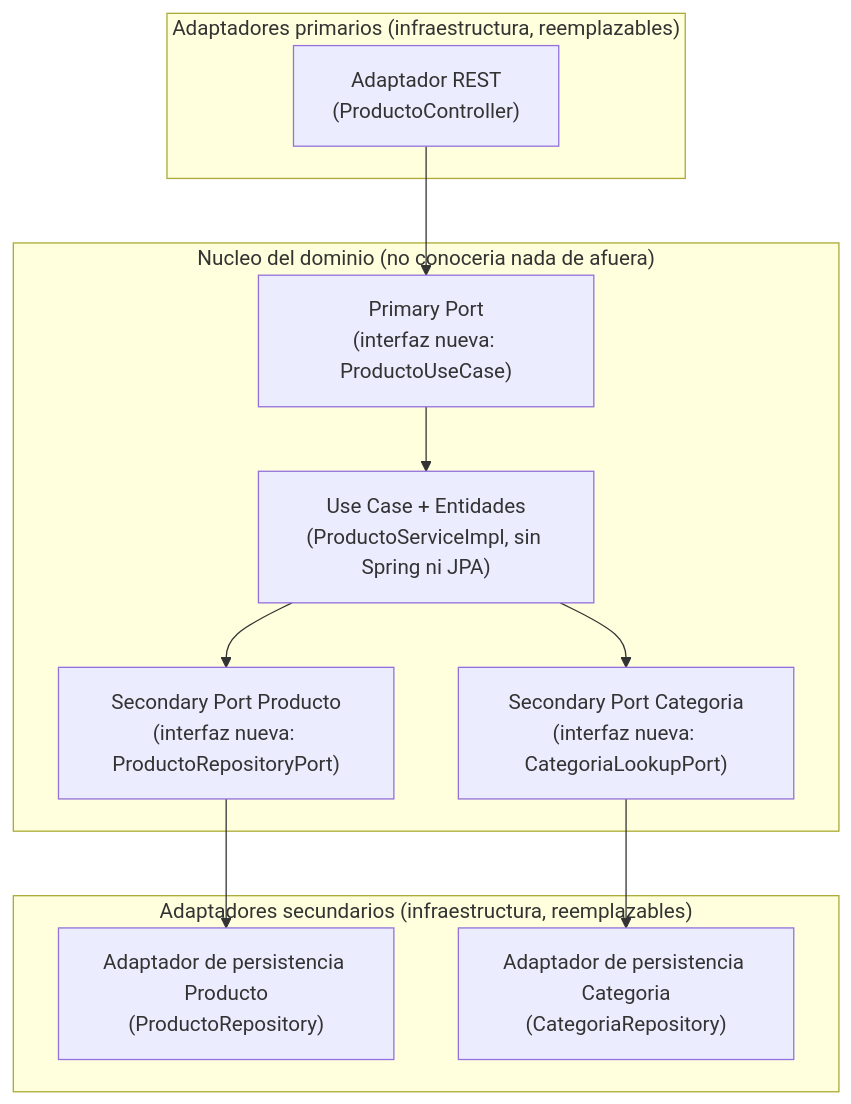
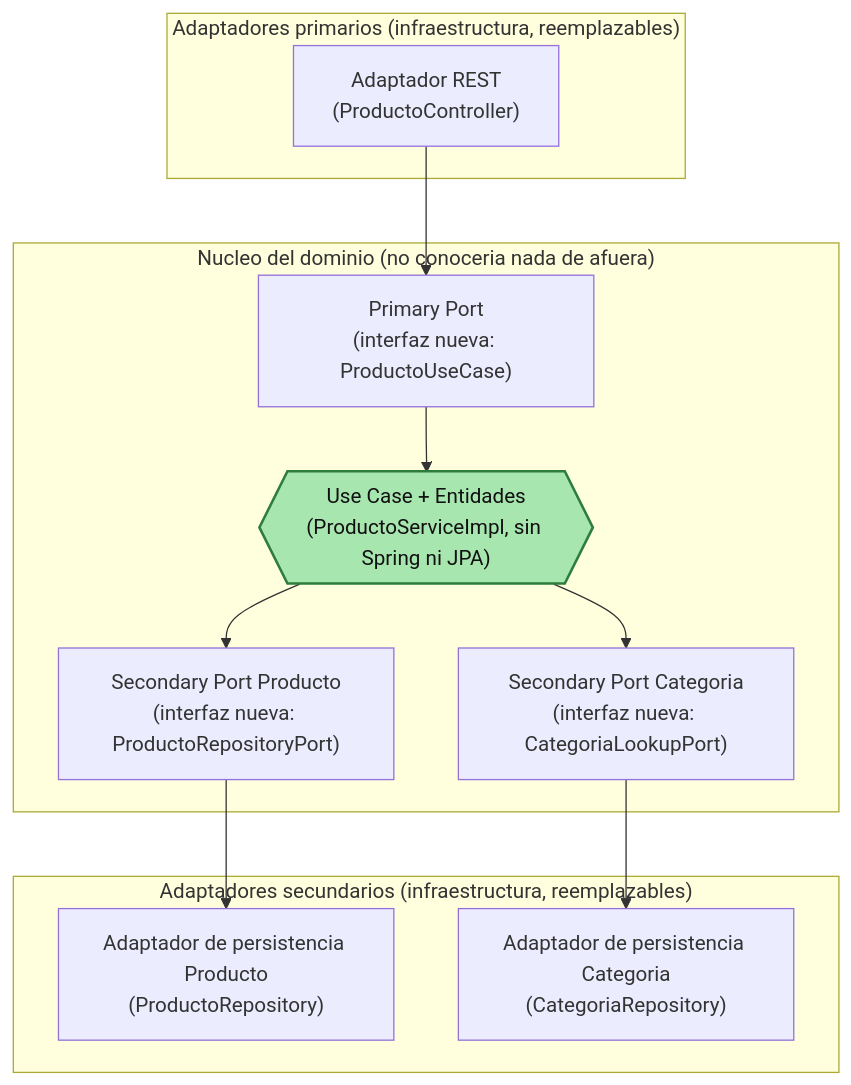
One commit to 262ciclo4/bomerp changed the seventh of 15 diagrams in docs/ads/sesiones/S04_Arquitecturas_Modernas.md. Above: the diagram before and after it, drawn with Mermaid. The commit also changed other lines of this file and 1 other file, not shown here.

Commit message:
Sesion 4

````diff
--- a/docs/ads/sesiones/S04_Arquitecturas_Modernas.md
+++ b/docs/ads/sesiones/S04_Arquitecturas_Modernas.md
@@ -270,23 +273,26 @@
 ```mermaid
 flowchart TB
     subgraph Primarios["Adaptadores primarios (infraestructura, reemplazables)"]
         RestAdapter["Adaptador REST<br/>(ProductoController)"]
     end
     subgraph Dominio["Nucleo del dominio (no conoceria nada de afuera)"]
         PrimaryPort["Primary Port<br/>(interfaz nueva: ProductoUseCase)"]
-        Logica["Use Case + Entidades<br/>(ProductoServiceImpl, sin Spring ni JPA)"]
+        Logica{{"Use Case + Entidades<br/>(ProductoServiceImpl, sin Spring ni JPA)"}}
         SecPortProducto["Secondary Port Producto<br/>(interfaz nueva: ProductoRepositoryPort)"]
         SecPortCategoria["Secondary Port Categoria<br/>(interfaz nueva: CategoriaLookupPort)"]
         PrimaryPort --> Logica
         Logica --> SecPortProducto
         Logica --> SecPortCategoria
     end
     subgraph Secundarios["Adaptadores secundarios (infraestructura, reemplazables)"]
         DbAdapter["Adaptador de persistencia Producto<br/>(ProductoRepository)"]
         CatAdapter["Adaptador de persistencia Categoria<br/>(CategoriaRepository)"]
     end
 
     RestAdapter --> PrimaryPort
     SecPortProducto --> DbAdapter
     SecPortCategoria --> CatAdapter
+
+    classDef dominio fill:#a8e6b0,stroke:#2f7d3c,stroke-width:2px,color:#111;
+    class Logica dominio;
 ```
````
